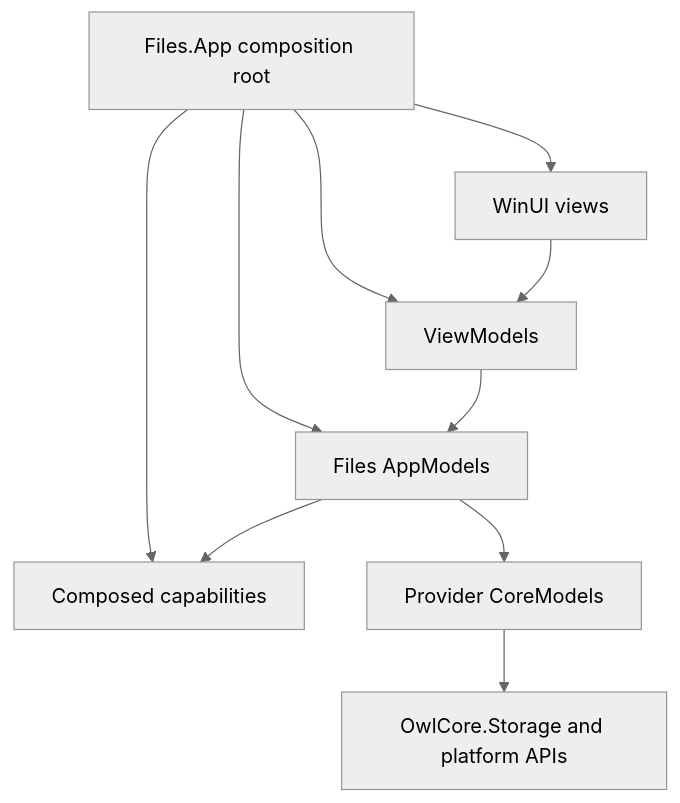
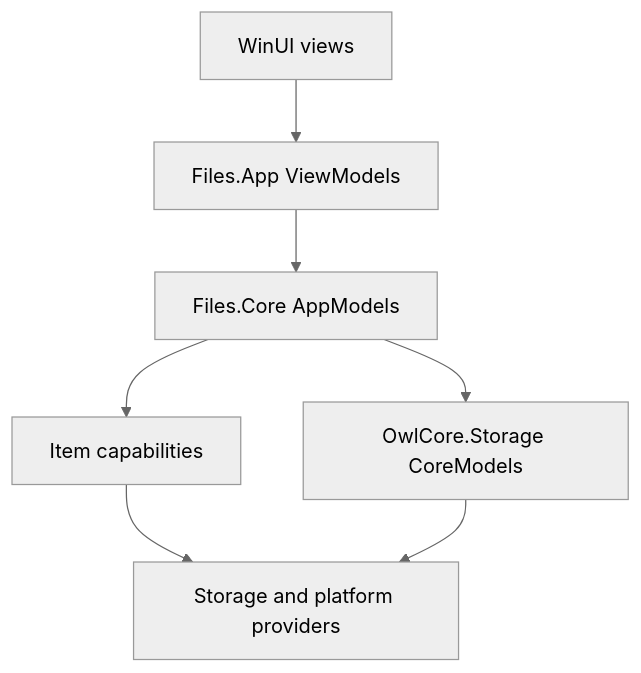
Before and after one commit to 0x5bfa/Files: the first of 2 diagrams in docs/architecture/README.md, drawn with Mermaid (neutral theme). The commit also changed other lines of this file and 88 other files, not shown here.

First line of the commit message:
Complete Files.Core architecture foundation

````diff
--- a/docs/architecture/README.md
+++ b/docs/architecture/README.md
@@ -7,20 +10,16 @@
 ```mermaid
 flowchart TB
-    Root["Files.App composition root"]
     Views["WinUI views"]
-    ViewModels["ViewModels"]
-    AppModels["Files AppModels"]
-    Capabilities["Composed capabilities"]
-    CoreModels["Provider CoreModels"]
-    Providers["OwlCore.Storage and platform APIs"]
+    ViewModels["Files.App ViewModels"]
+    AppModels["Files.Core AppModels"]
+    Capabilities["Item capabilities"]
+    CoreModels["OwlCore.Storage CoreModels"]
+    Providers["Storage and platform providers"]
 
-    Root --> Views
-    Root --> ViewModels
-    Root --> AppModels
-    Root --> Capabilities
     Views --> ViewModels
     ViewModels --> AppModels
     AppModels --> Capabilities
     AppModels --> CoreModels
+    Capabilities --> Providers
     CoreModels --> Providers
 ```
````
